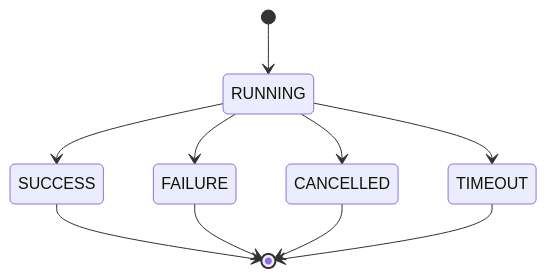
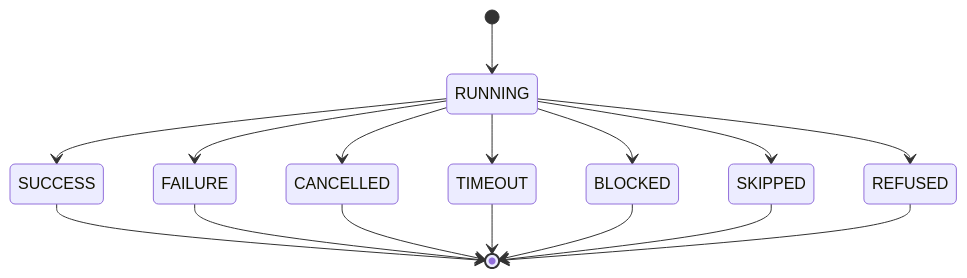
One commit to raicing-ai/functualize changed the second of 2 diagrams in docs/guides/run-context.md. Above: the diagram before and after it, drawn with Mermaid. The commit also changed other lines of this file and 38 other files, not shown here.

````diff
--- a/docs/guides/run-context.md
+++ b/docs/guides/run-context.md
@@ -121,12 +121,18 @@
 ```mermaid
 stateDiagram-v2
     [*] --> RUNNING
     RUNNING --> SUCCESS
     RUNNING --> FAILURE
     RUNNING --> CANCELLED
     RUNNING --> TIMEOUT
+    RUNNING --> BLOCKED
+    RUNNING --> SKIPPED
+    RUNNING --> REFUSED
     SUCCESS --> [*]
     FAILURE --> [*]
     CANCELLED --> [*]
     TIMEOUT --> [*]
+    BLOCKED --> [*]
+    SKIPPED --> [*]
+    REFUSED --> [*]
 ```
````
